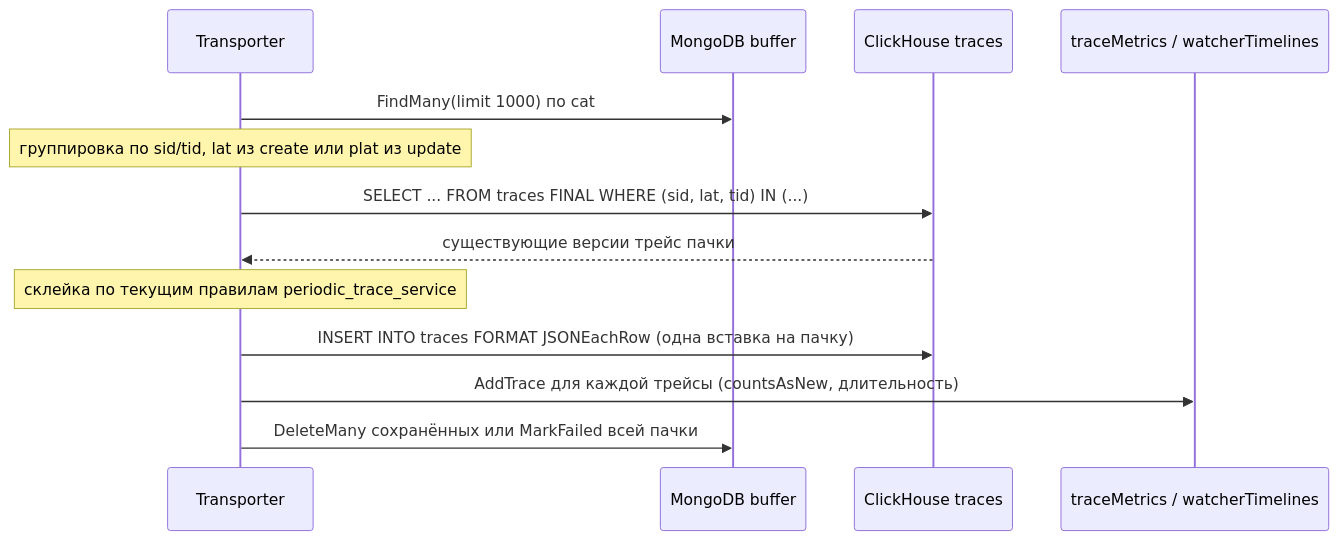
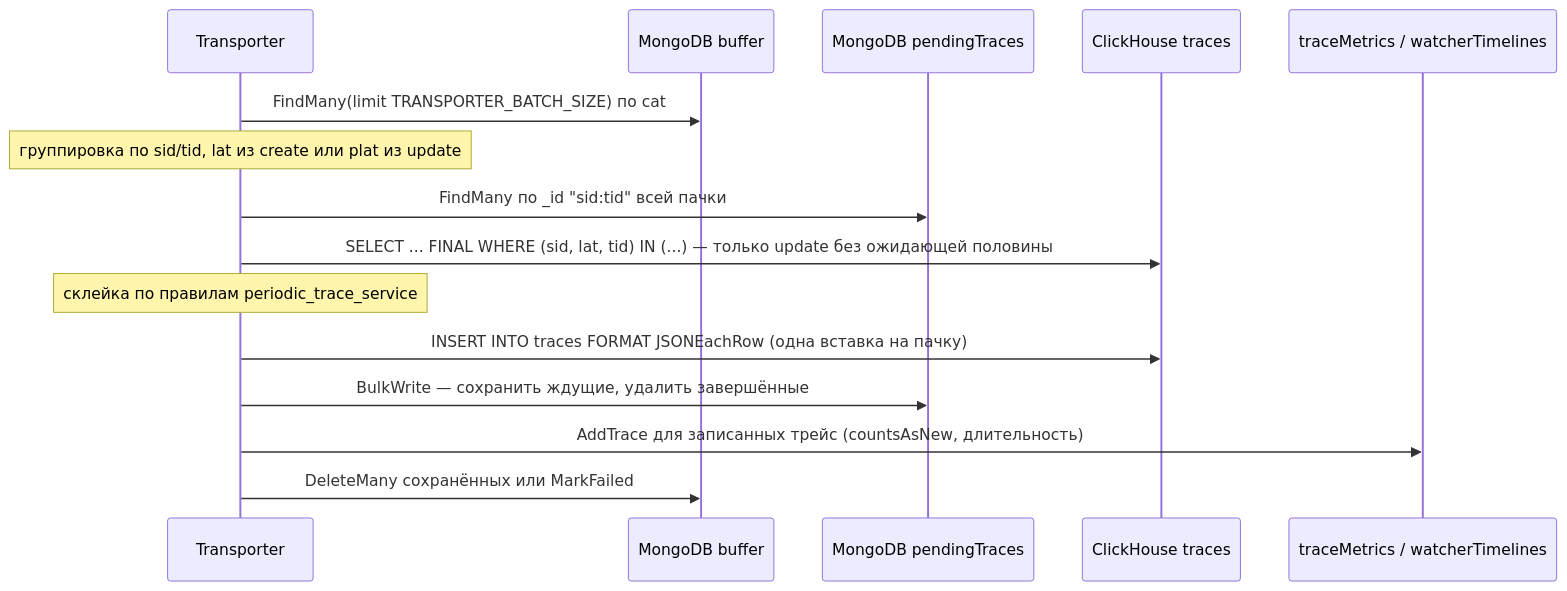
The second of 3 diagrams in openspec/changes/traces-clickhouse-storage/design.md (sprust/slogger), drawn with Mermaid before and after one commit. The commit also changed other lines of this file and 3 other files, not shown here.

````diff
--- a/openspec/changes/traces-clickhouse-storage/design.md
+++ b/openspec/changes/traces-clickhouse-storage/design.md
@@ -101,15 +104,17 @@
 ```mermaid
 sequenceDiagram
     participant T as Transporter
     participant B as MongoDB buffer
+    participant P as MongoDB pendingTraces
     participant C as ClickHouse traces
     participant S as traceMetrics / watcherTimelines
-    T->>B: FindMany(limit 1000) по cat
+    T->>B: FindMany(limit TRANSPORTER_BATCH_SIZE) по cat
     Note over T: группировка по sid/tid, lat из create или plat из update
-    T->>C: SELECT ... FROM traces FINAL WHERE (sid, lat, tid) IN (...)
-    C-->>T: существующие версии трейс пачки
-    Note over T: склейка по текущим правилам periodic_trace_service
+    T->>P: FindMany по _id "sid:tid" всей пачки
+    T->>C: SELECT ... FINAL WHERE (sid, lat, tid) IN (...) — только update без ожидающей половины
+    Note over T: склейка по правилам periodic_trace_service
     T->>C: INSERT INTO traces FORMAT JSONEachRow (одна вставка на пачку)
-    T->>S: AddTrace для каждой трейсы (countsAsNew, длительность)
-    T->>B: DeleteMany сохранённых или MarkFailed всей пачки
+    T->>P: BulkWrite — сохранить ждущие, удалить завершённые
+    T->>S: AddTrace для записанных трейс (countsAsNew, длительность)
+    T->>B: DeleteMany сохранённых или MarkFailed
 ```
````
